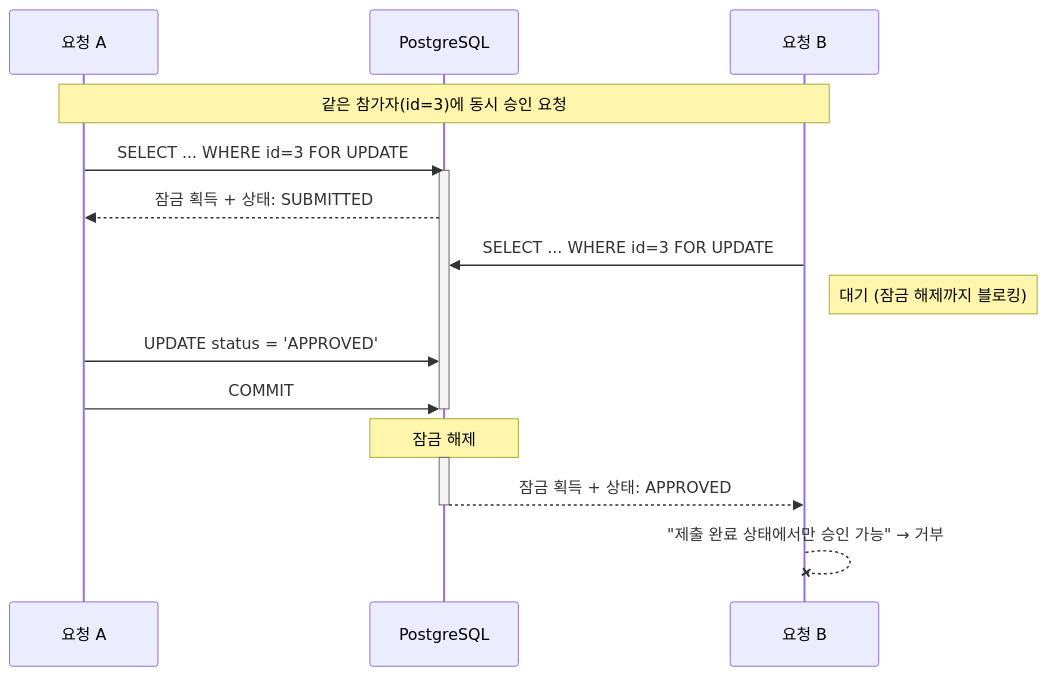
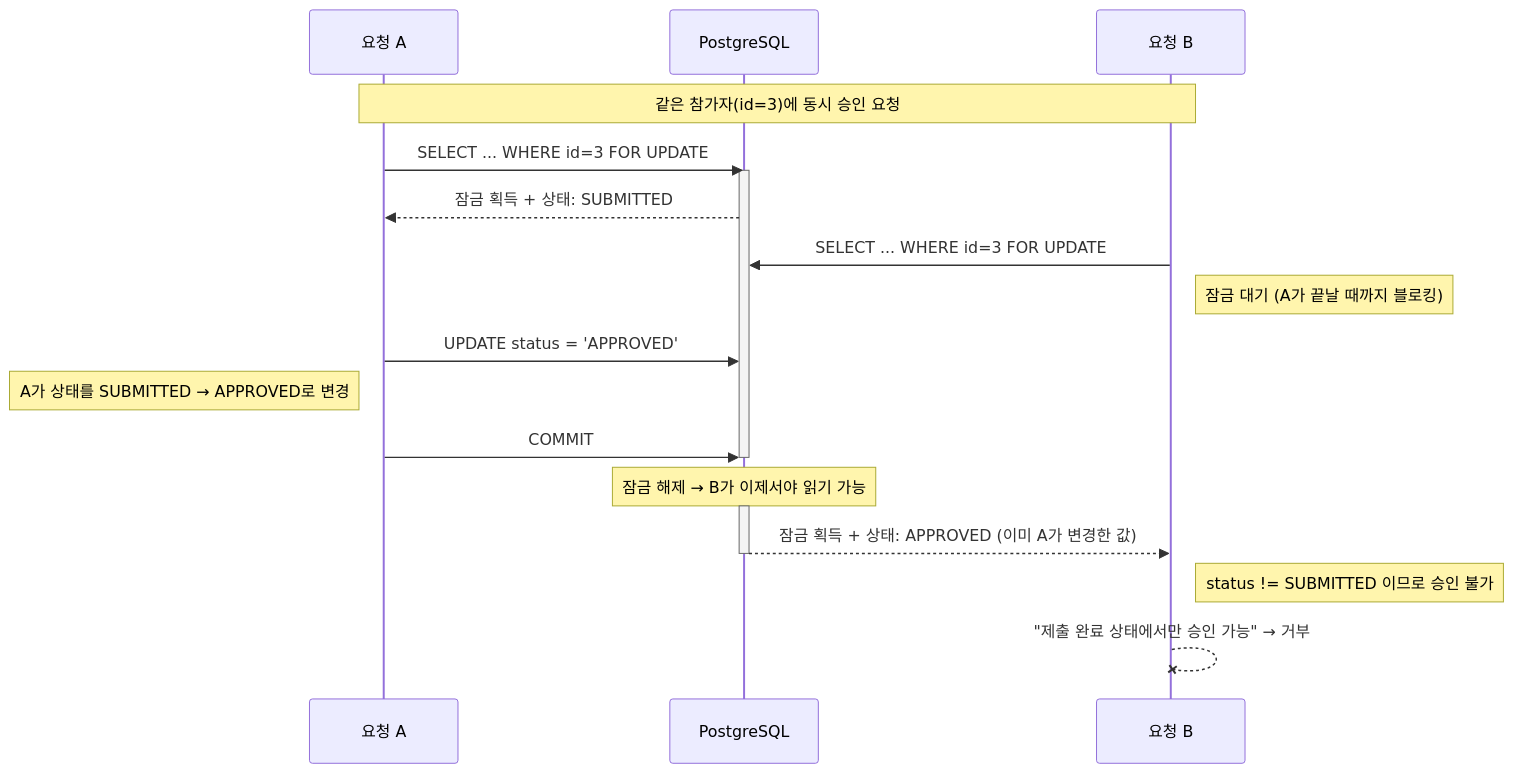
Before and after one commit to dota-pilot1/dev-challenge-container: the diagram in docs-for-동시성 문제 발생/총정리/동시 승인 방지/비관적락_흐름.mmd, drawn with Mermaid.

Commit message:
docs: 비관적락 흐름도에 상태 변경 인과관계 명확히 표시

```diff
--- a/docs-for-동시성 문제 발생/총정리/동시 승인 방지/비관적락_흐름.mmd
+++ b/docs-for-동시성 문제 발생/총정리/동시 승인 방지/비관적락_흐름.mmd
@@ -1,24 +1,27 @@
 sequenceDiagram
     participant A as 요청 A
     participant DB as PostgreSQL
     participant B as 요청 B
 
     Note over A,B: 같은 참가자(id=3)에 동시 승인 요청
 
     A->>DB: SELECT ... WHERE id=3 FOR UPDATE
     activate DB
     DB-->>A: 잠금 획득 + 상태: SUBMITTED
 
     B->>DB: SELECT ... WHERE id=3 FOR UPDATE
-    Note right of B: 대기 (잠금 해제까지 블로킹)
+    Note right of B: 잠금 대기 (A가 끝날 때까지 블로킹)
 
     A->>DB: UPDATE status = 'APPROVED'
+    Note left of A: A가 상태를 SUBMITTED → APPROVED로 변경
+
     A->>DB: COMMIT
     deactivate DB
-    Note over DB: 잠금 해제
+    Note over DB: 잠금 해제 → B가 이제서야 읽기 가능
 
     activate DB
-    DB-->>B: 잠금 획득 + 상태: APPROVED
+    DB-->>B: 잠금 획득 + 상태: APPROVED (이미 A가 변경한 값)
     deactivate DB
 
+    Note right of B: status != SUBMITTED 이므로 승인 불가
     B--xB: "제출 완료 상태에서만 승인 가능" → 거부
```
